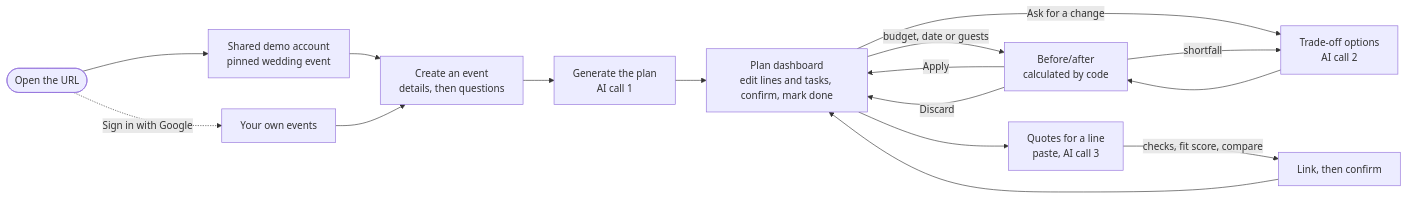
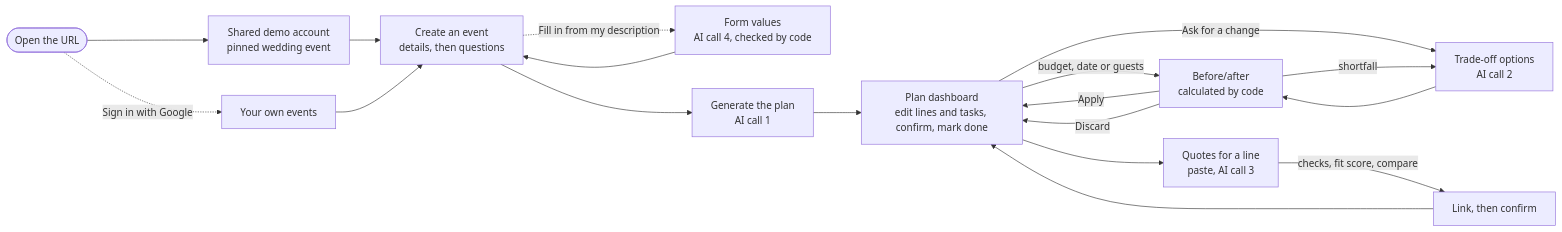
The first of 2 diagrams in docs/architecture.md (extreme-tough/plancraft), drawn with Mermaid before and after one commit. The commit also changed other lines of this file and 16 other files, not shown here.

First line of the commit message:
AI-13: fill in the event form from the user's description

````diff
--- a/docs/architecture.md
+++ b/docs/architecture.md
@@ -7,18 +7,20 @@
 ```mermaid
 flowchart LR
   open([Open the URL]) --> demo[Shared demo account<br/>pinned wedding event]
   open -. Sign in with Google .-> own[Your own events]
   demo --> create[Create an event<br/>details, then questions]
   own --> create
+  create -. Fill in from my description .-> ai0[Form values<br/>AI call 4, checked by code]
+  ai0 --> create
   create --> plan[Generate the plan<br/>AI call 1]
   plan --> dash[Plan dashboard<br/>edit lines and tasks, confirm, mark done]
   dash -- budget, date or guests --> rev[Before/after<br/>calculated by code]
   dash -- "Ask for a change" --> ai2[Trade-off options<br/>AI call 2]
   rev -- shortfall --> ai2
   ai2 --> rev
   rev -- Apply --> dash
   rev -- Discard --> dash
   dash --> quotes[Quotes for a line<br/>paste, AI call 3]
   quotes -- checks, fit score, compare --> link[Link, then confirm]
   link --> dash
 ```
````
